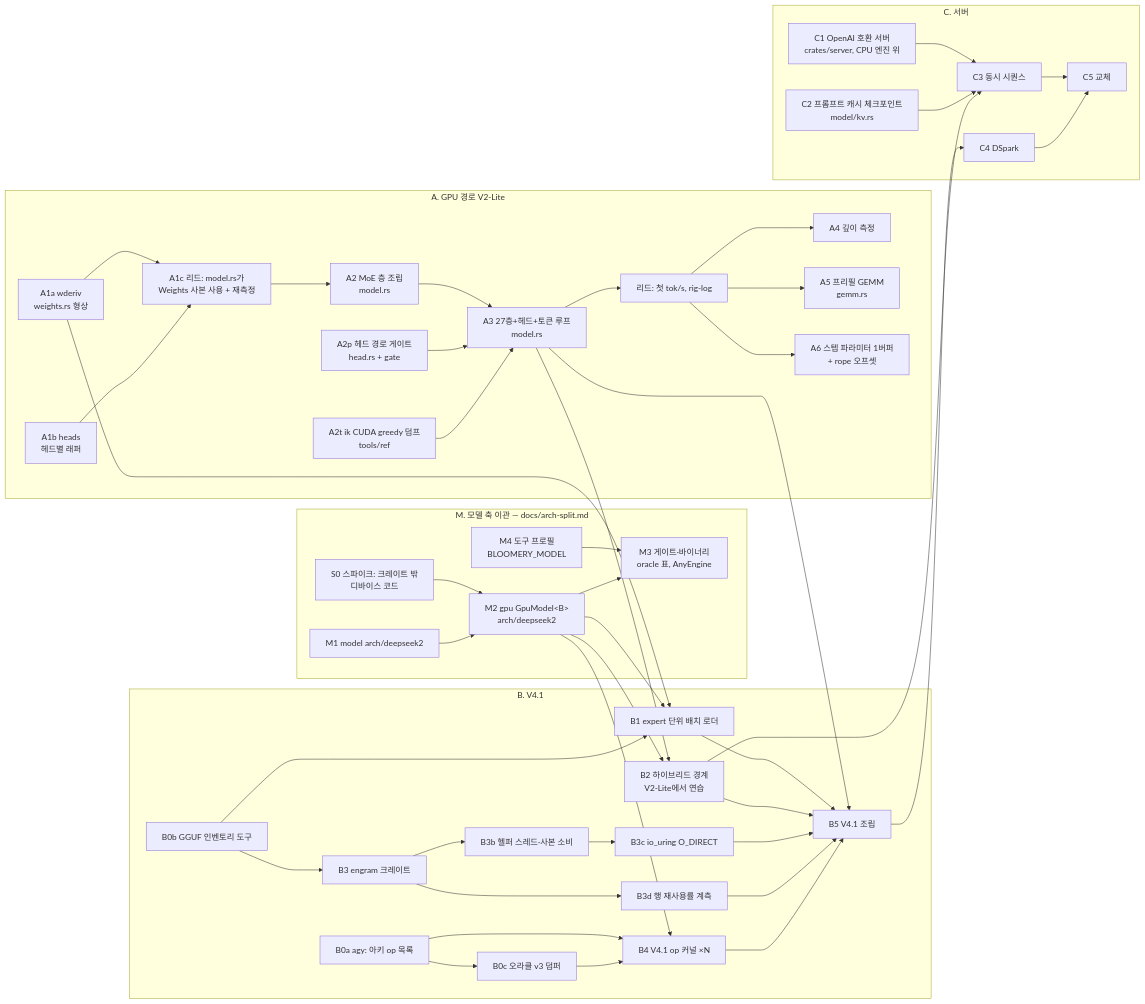
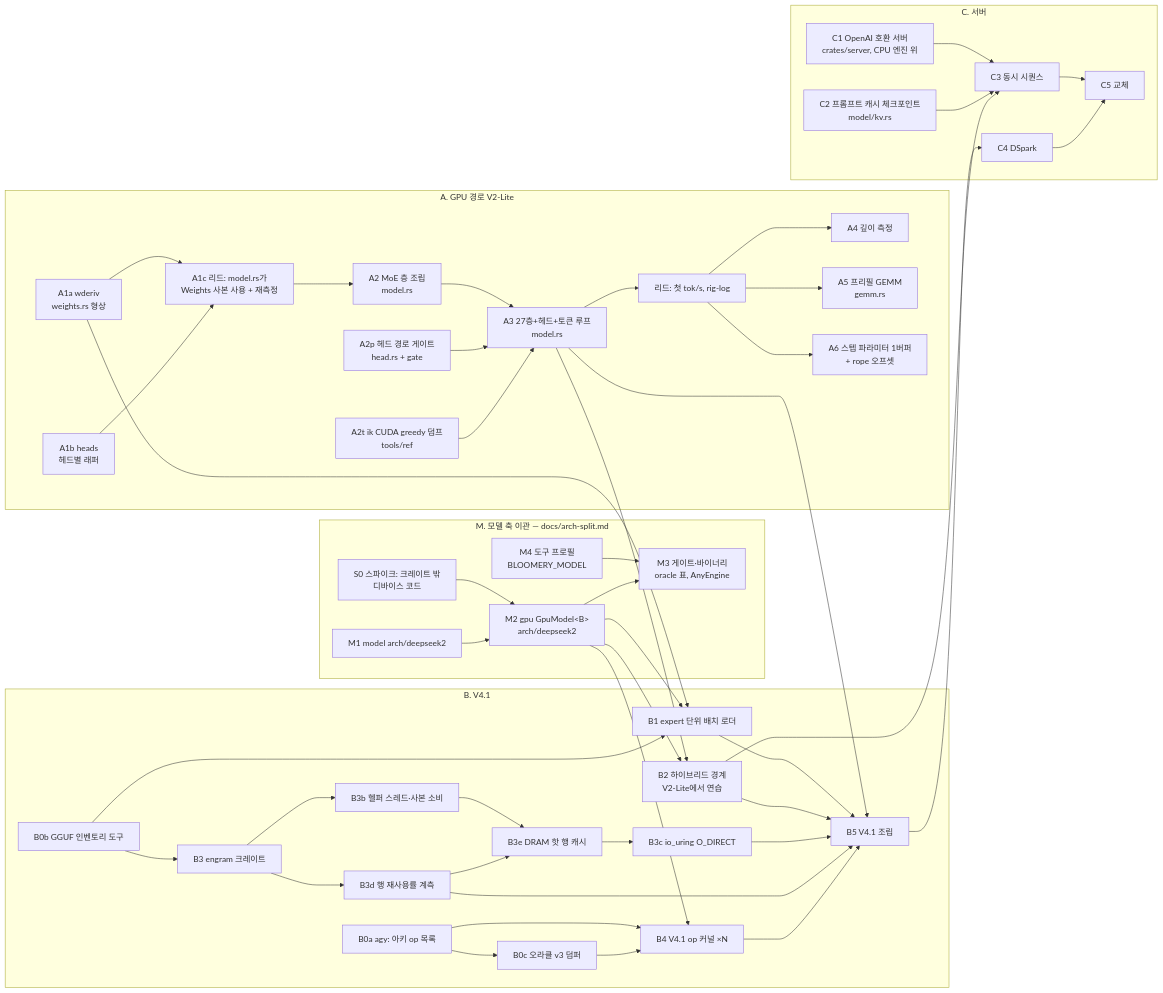
One commit to midagedev/bloomery changed the diagram in docs/plan.md. Above: the diagram before and after it, drawn with Mermaid. The commit also changed other lines of this file and 1 other file, not shown here.

First line of the commit message:
plan/research: M2·B3d 닫힘, 재사용률 실측으로 §결론 5 정정, B3e 카드

````diff
--- a/docs/plan.md
+++ b/docs/plan.md
@@ -297,49 +297,49 @@
 ```mermaid
 flowchart LR
   subgraph A[A. GPU 경로 V2-Lite]
     A1a[A1a wderiv<br/>weights.rs 형상] --> A1c[A1c 리드: model.rs가<br/>Weights 사본 사용 + 재측정]
     A1b[A1b heads<br/>헤드별 래퍼] --> A1c
     A1c --> A2[A2 MoE 층 조립<br/>model.rs]
     A2 --> A3[A3 27층+헤드+토큰 루프<br/>model.rs]
     Ah[A2p 헤드 경로 게이트<br/>head.rs + gate] --> A3
     Ag[A2t ik CUDA greedy 덤프<br/>tools/ref] --> A3
     A3 --> A3m[리드: 첫 tok/s, rig-log]
     A3m --> A4[A4 깊이 측정]
     A3m --> A5[A5 프리필 GEMM<br/>gemm.rs]
     A3m --> Asp[A6 스텝 파라미터 1버퍼<br/>+ rope 오프셋]
   end
   subgraph M[M. 모델 축 이관 — docs/arch-split.md]
     S0[S0 스파이크: 크레이트 밖<br/>디바이스 코드] --> M2
     M1[M1 model arch/deepseek2] --> M2[M2 gpu GpuModel&lt;B&gt;<br/>arch/deepseek2]
     M4[M4 도구 프로필<br/>BLOOMERY_MODEL] --> M3
     M2 --> M3[M3 게이트·바이너리<br/>oracle 표, AnyEngine]
   end
   subgraph B[B. V4.1]
     B0a[B0a agy: 아키 op 목록] --> B4[B4 V4.1 op 커널 ×N]
     B0b[B0b GGUF 인벤토리 도구] --> B1[B1 expert 단위 배치 로더]
     B0b --> B3[B3 engram 크레이트]
     B0c[B0c 오라클 v3 덤퍼] --> B4
     B0a --> B0c
     A1a --> B1
     A3 --> B2[B2 하이브리드 경계<br/>V2-Lite에서 연습]
     B1 --> B5[B5 V4.1 조립]
     B2 --> B5
-    B3 --> B3b[B3b 헬퍼 스레드·사본 소비] --> B3c[B3c io_uring O_DIRECT]
-    B3 --> B3d[B3d 행 재사용률 계측]
+    B3 --> B3b[B3b 헬퍼 스레드·사본 소비] --> B3e[B3e DRAM 핫 행 캐시] --> B3c[B3c io_uring O_DIRECT]
+    B3 --> B3d[B3d 행 재사용률 계측] --> B3e
     B3c --> B5
     B3d --> B5
     B4 --> B5
     A3 --> B5
   end
   subgraph C[C. 서버]
     C1[C1 OpenAI 호환 서버<br/>crates/server, CPU 엔진 위] --> C3[C3 동시 시퀀스]
     C2[C2 프롬프트 캐시 체크포인트<br/>model/kv.rs] --> C3
     B2 --> C3
     B5 --> C4[C4 DSpark]
     C3 --> C5[C5 교체]
     C4 --> C5
   end
   M2 --> B1
   M2 --> B2
   M2 --> B4
 ```
````
